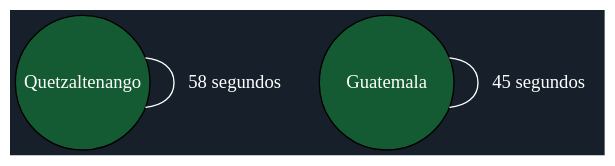
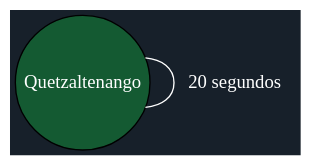
The diagram in Rapidito/ruta_mas_corta.dot (Marco131-xel/Edd_Proyecto2), drawn with Graphviz before and after one commit. The commit also changed 15 other files, not shown here.

```diff
--- a/Rapidito/ruta_mas_corta.dot
+++ b/Rapidito/ruta_mas_corta.dot
@@ -1,7 +1,6 @@
 graph Ruta {
   bgcolor="#17202a";
   node [style=filled, fillcolor="#145a32", fontcolor="white", shape=circle, width=1.4, fixedsize=true];
   edge [color="white", fontcolor="white"];
-  "Quetzaltenango" -- "Quetzaltenango" [label="58 segundos"];
-  "Guatemala" -- "Guatemala" [label="45 segundos"];
+  "Quetzaltenango" -- "Quetzaltenango" [label="20 segundos"];
 }
```
